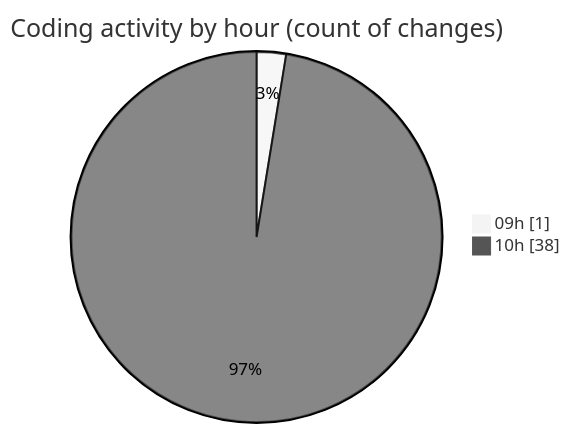
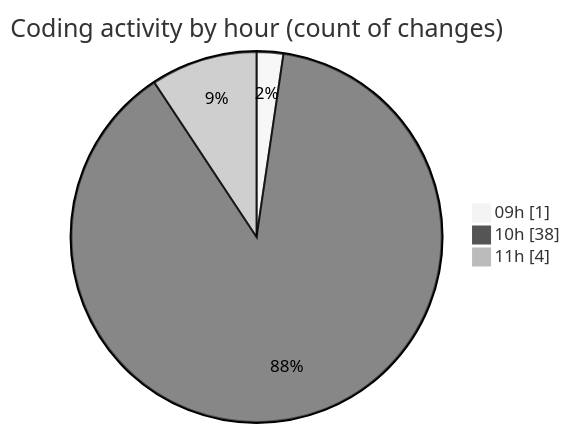
The second of 2 diagrams in 2026-01-07/cda/README.md (momahboobian/code-tracking), drawn with Mermaid (neutral theme) before and after one commit. The commit also changed other lines of this file and 1 other file, not shown here.

````diff
--- a/2026-01-07/cda/README.md
+++ b/2026-01-07/cda/README.md
@@ -46,6 +46,7 @@
 ```mermaid
 pie showData
 title Coding activity by hour (count of changes)
 "09h" : 1
 "10h" : 38
+"11h" : 4
 ```
````
